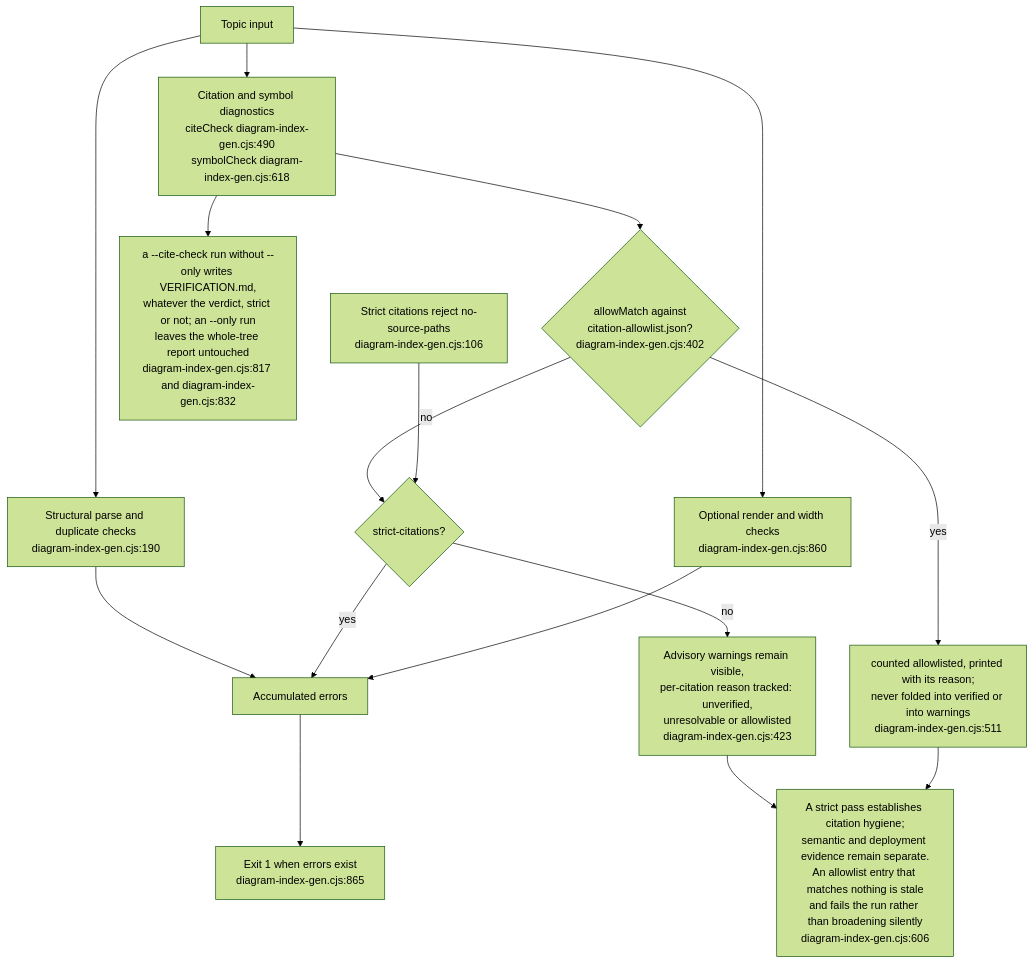
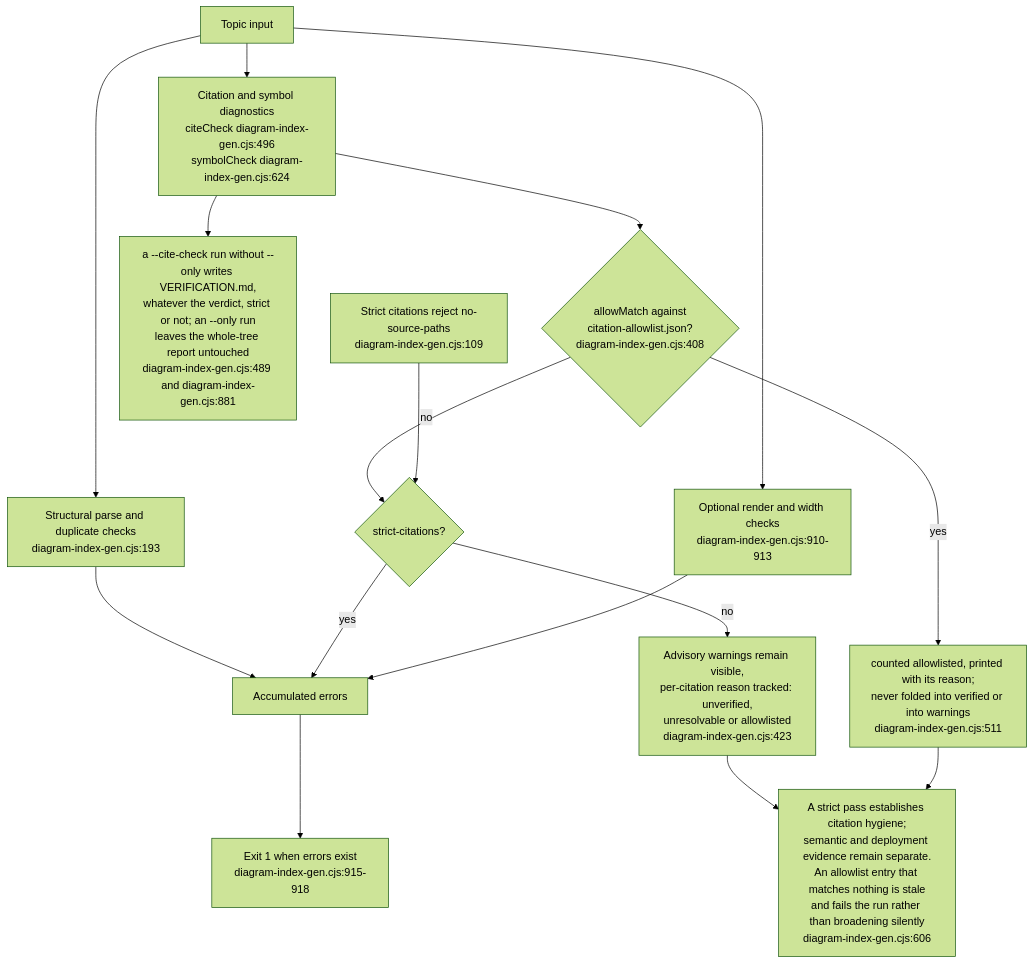
Before and after one commit to DreamLab-AI/VisionFlow: the ninth of 15 diagrams in docs/diagrams/visionflow/06-diagram-tooling.md, drawn with Mermaid (forest theme). The commit also changed other lines of this file and 160 other files, not shown here.

````diff
--- a/docs/diagrams/visionflow/06-diagram-tooling.md
+++ b/docs/diagrams/visionflow/06-diagram-tooling.md
@@ -308,19 +291,19 @@
 ```mermaid
 flowchart TB
-    I["Topic input"] --> P["Structural parse and duplicate checks<br/>diagram-index-gen.cjs:190"]
+    I["Topic input"] --> P["Structural parse and duplicate checks<br/>diagram-index-gen.cjs:193"]
     P --> ERR["Accumulated errors"]
-    I --> C["Citation and symbol diagnostics<br/>citeCheck diagram-index-gen.cjs:490<br/>symbolCheck diagram-index-gen.cjs:618"]
-    C --> WAIVE{"allowMatch against<br/>citation-allowlist.json?<br/>diagram-index-gen.cjs:402"}
+    I --> C["Citation and symbol diagnostics<br/>citeCheck diagram-index-gen.cjs:496<br/>symbolCheck diagram-index-gen.cjs:624"]
+    C --> WAIVE{"allowMatch against<br/>citation-allowlist.json?<br/>diagram-index-gen.cjs:408"}
     WAIVE -->|yes| NOTE["counted allowlisted, printed with its reason;<br/>never folded into verified or into warnings<br/>diagram-index-gen.cjs:511"]
     WAIVE -->|no| STRICT{"strict-citations?"}
     STRICT -->|yes| ERR
     STRICT -->|no| WARN["Advisory warnings remain visible,<br/>per-citation reason tracked: unverified,<br/>unresolvable or allowlisted<br/>diagram-index-gen.cjs:423"]
-    C --> VER["a --cite-check run without --only writes VERIFICATION.md,<br/>whatever the verdict, strict or not; an --only run<br/>leaves the whole-tree report untouched<br/>diagram-index-gen.cjs:817 and diagram-index-gen.cjs:832"]
-    I --> R["Optional render and width checks<br/>diagram-index-gen.cjs:860"]
+    C --> VER["a --cite-check run without --only writes VERIFICATION.md,<br/>whatever the verdict, strict or not; an --only run<br/>leaves the whole-tree report untouched<br/>diagram-index-gen.cjs:489 and diagram-index-gen.cjs:881"]
+    I --> R["Optional render and width checks<br/>diagram-index-gen.cjs:910-913"]
     R --> ERR
-    ERR --> FAIL["Exit 1 when errors exist<br/>diagram-index-gen.cjs:865"]
-    MODE["Strict citations reject no-source-paths<br/>diagram-index-gen.cjs:106"] --> STRICT
+    ERR --> FAIL["Exit 1 when errors exist<br/>diagram-index-gen.cjs:915-918"]
+    MODE["Strict citations reject no-source-paths<br/>diagram-index-gen.cjs:109"] --> STRICT
     LIMIT["A strict pass establishes citation hygiene;<br/>semantic and deployment evidence remain separate.<br/>An allowlist entry that matches nothing is stale<br/>and fails the run rather than broadening silently<br/>diagram-index-gen.cjs:606"]
     WARN --> LIMIT
     NOTE --> LIMIT
 ```
````
